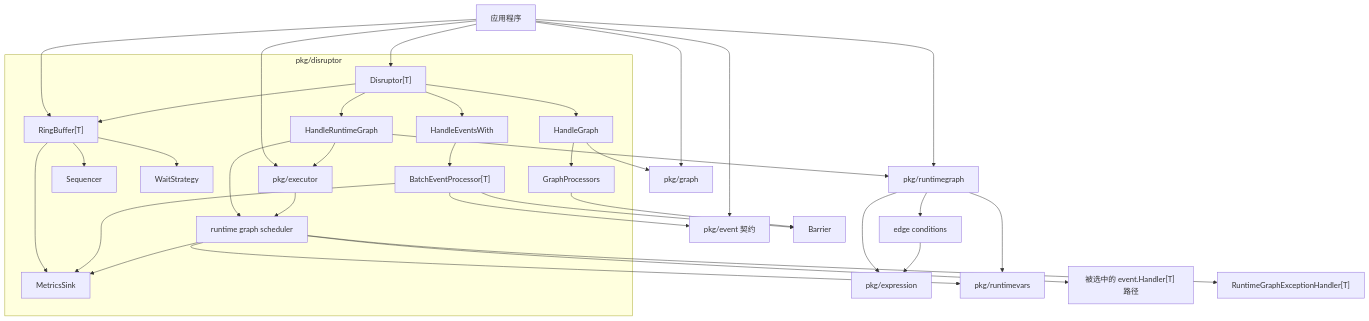
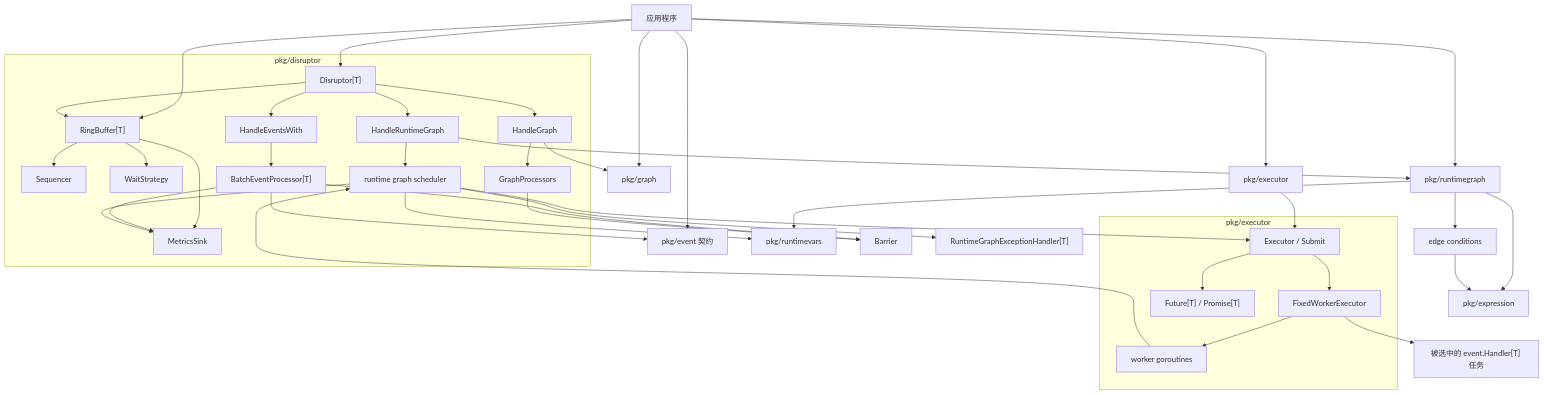
One commit to photowey/disruptor.go changed the first of 5 diagrams in README.zh-CN.md. Above: the diagram before and after it, drawn with Mermaid. The commit also changed other lines of this file and 9 other files, not shown here.

Commit message:
docs: document runtime graph executor flow

````diff
--- a/README.zh-CN.md
+++ b/README.zh-CN.md
@@ -158,40 +158,50 @@
 ```mermaid
 flowchart TB
     App["应用程序"] --> D["Disruptor[T]"]
     App --> RB["RingBuffer[T]"]
     App --> EventPkg["pkg/event 契约"]
-    App --> ExecutorPkg["pkg/executor"]
+    App --> ExecutorAPI["pkg/executor"]
     App --> GraphPkg["pkg/graph"]
     App --> RuntimeGraphPkg["pkg/runtimegraph"]
     RuntimeGraphPkg --> ExprPkg["pkg/expression"]
     RuntimeGraphPkg --> VarsPkg["pkg/runtimevars"]
 
     subgraph DisruptorPkg["pkg/disruptor"]
         D --> RB
         RB --> S["Sequencer"]
         RB --> W["WaitStrategy"]
         RB --> M["MetricsSink"]
 
         D --> Fanout["HandleEventsWith"]
         D --> StaticGraph["HandleGraph"]
         D --> RuntimeGraphMode["HandleRuntimeGraph"]
         Fanout --> P["BatchEventProcessor[T]"]
         StaticGraph --> GP["GraphProcessors"]
         RuntimeGraphMode --> RSP["runtime graph scheduler"]
-        RuntimeGraphMode --> ExecutorPkg
+    end
+
+    subgraph ExecutorInternals["pkg/executor"]
+        Exec["Executor / Submit"]
+        Pool["FixedWorkerExecutor"]
+        Fut["Future[T] / Promise[T]"]
+        Exec --> Pool
+        Exec --> Fut
+        Pool --> Worker["worker goroutines"]
     end
 
     P --> B["Barrier"]
     P --> EventPkg
     GP --> B
     StaticGraph --> GraphPkg
     RuntimeGraphMode --> RuntimeGraphPkg
     RuntimeGraphPkg --> EC["edge conditions"]
     EC --> ExprPkg
     RSP --> VarsPkg
-    ExecutorPkg --> RSP
-    RSP --> RH["被选中的 event.Handler[T] 路径"]
+    ExecutorAPI --> Exec
+    RSP --> Exec
+    Pool --> RH["被选中的 event.Handler[T] 任务"]
+    Worker --> RSP
     RSP --> RE["RuntimeGraphExceptionHandler[T]"]
     P --> M
     RSP --> M
 ```
````
